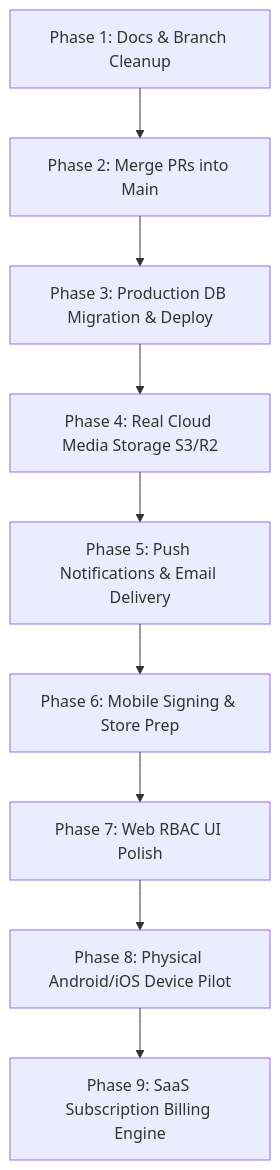
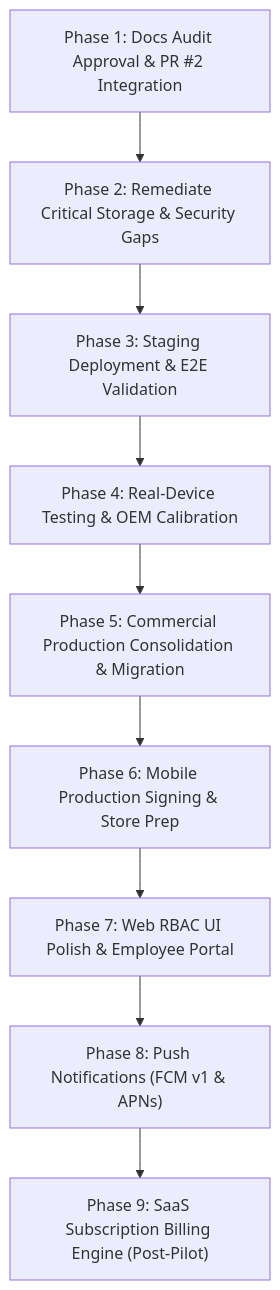
One commit to djsushilkumar/oprino changed the diagram in docs/audits/NEXT-STEPS-ROADMAP.md. Above: the diagram before and after it, drawn with Mermaid. The commit also changed other lines of this file and 8 other files, not shown here.

Commit message:
docs(audit): enforce staging-first roadmap, 5-tier verification, mode 120000 ADR symlinks, and PR CI triggers

````diff
--- a/docs/audits/NEXT-STEPS-ROADMAP.md
+++ b/docs/audits/NEXT-STEPS-ROADMAP.md
@@ -12,11 +12,11 @@
 ```mermaid
 graph TD
-    P1[Phase 1: Docs & Branch Cleanup] --> P2[Phase 2: Merge PRs into Main]
-    P2 --> P3[Phase 3: Production DB Migration & Deploy]
-    P3 --> P4[Phase 4: Real Cloud Media Storage S3/R2]
-    P4 --> P5[Phase 5: Push Notifications & Email Delivery]
-    P5 --> P6[Phase 6: Mobile Signing & Store Prep]
-    P6 --> P7[Phase 7: Web RBAC UI Polish]
-    P7 --> P8[Phase 8: Physical Android/iOS Device Pilot]
-    P8 --> P9[Phase 9: SaaS Subscription Billing Engine]
+    P1["Phase 1: Docs Audit Approval & PR #2 Integration"] --> P2["Phase 2: Remediate Critical Storage & Security Gaps"]
+    P2 --> P3["Phase 3: Staging Deployment & E2E Validation"]
+    P3 --> P4["Phase 4: Real-Device Testing & OEM Calibration"]
+    P4 --> P5["Phase 5: Commercial Production Consolidation & Migration"]
+    P5 --> P6["Phase 6: Mobile Production Signing & Store Prep"]
+    P6 --> P7["Phase 7: Web RBAC UI Polish & Employee Portal"]
+    P7 --> P8["Phase 8: Push Notifications (FCM v1 & APNs)"]
+    P8 --> P9["Phase 9: SaaS Subscription Billing Engine (Post-Pilot)"]
 ```
````
